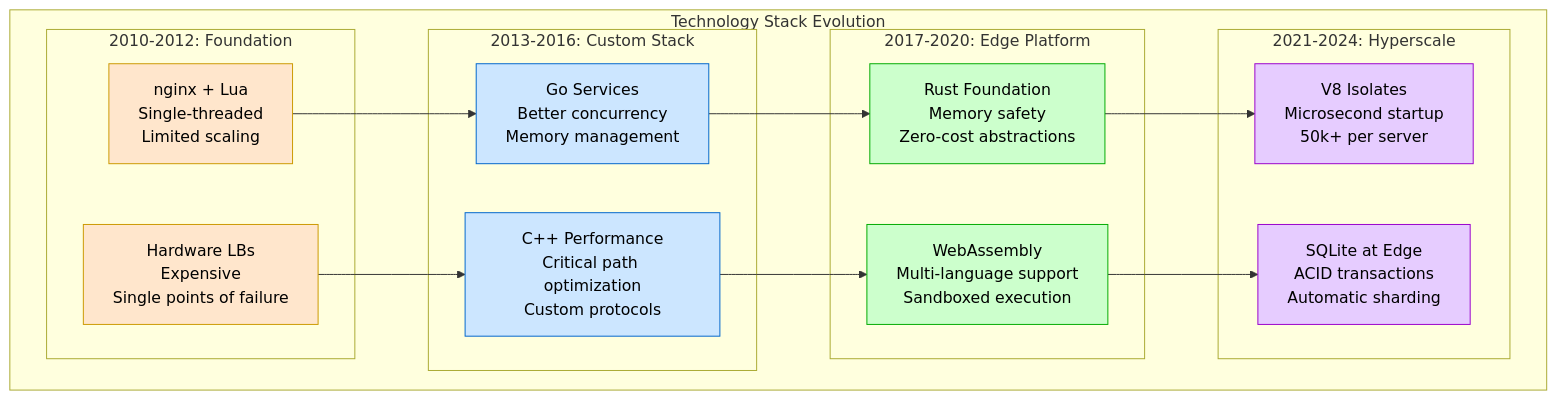
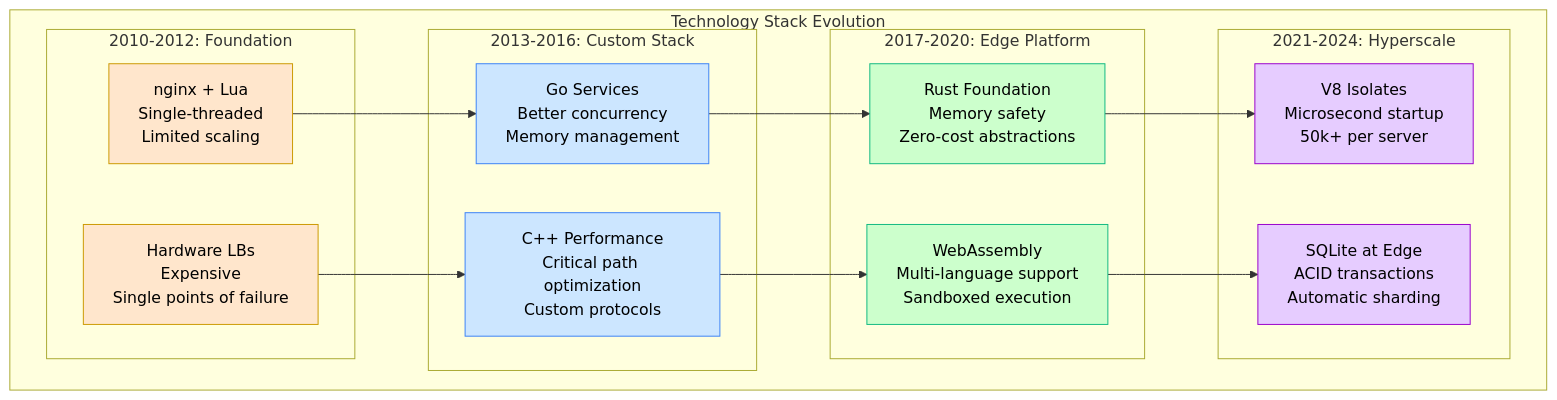
The sixth of 8 diagrams in site/docs/systems/cloudflare/scale-evolution.md (deepaucksharma/DS), drawn with Mermaid before and after one commit. The commit also changed other lines of this file and 303 other files, not shown here.

````diff
--- a/site/docs/systems/cloudflare/scale-evolution.md
+++ b/site/docs/systems/cloudflare/scale-evolution.md
@@ -212,42 +212,42 @@
 ```mermaid
 graph TB
     subgraph "Technology Stack Evolution"
         subgraph "2010-2012: Foundation"
             NGINX1[nginx + Lua<br/>Single-threaded<br/>Limited scaling]
             HW1[Hardware LBs<br/>Expensive<br/>Single points of failure]
         end
 
         subgraph "2013-2016: Custom Stack"
             GO1[Go Services<br/>Better concurrency<br/>Memory management]
             CPP1[C++ Performance<br/>Critical path optimization<br/>Custom protocols]
         end
 
         subgraph "2017-2020: Edge Platform"
             RUST1[Rust Foundation<br/>Memory safety<br/>Zero-cost abstractions]
             WASM1[WebAssembly<br/>Multi-language support<br/>Sandboxed execution]
         end
 
         subgraph "2021-2024: Hyperscale"
             V81[V8 Isolates<br/>Microsecond startup<br/>50k+ per server]
             SQLITE1[SQLite at Edge<br/>ACID transactions<br/>Automatic sharding]
         end
 
         NGINX1 --> GO1
         HW1 --> CPP1
         GO1 --> RUST1
         CPP1 --> WASM1
         RUST1 --> V81
         WASM1 --> SQLITE1
     end
 
     %% Apply evolution colors
     classDef legacyStyle fill:#FFE6CC,stroke:#CC9900,color:#000
-    classDef modernStyle fill:#CCE6FF,stroke:#0066CC,color:#000
-    classDef advancedStyle fill:#CCFFCC,stroke:#00AA00,color:#000
+    classDef modernStyle fill:#CCE6FF,stroke:#3B82F6,color:#000
+    classDef advancedStyle fill:#CCFFCC,stroke:#10B981,color:#000
     classDef futureStyle fill:#E6CCFF,stroke:#9900CC,color:#000
 
     class NGINX1,HW1 legacyStyle
     class GO1,CPP1 modernStyle
     class RUST1,WASM1 advancedStyle
     class V81,SQLITE1 futureStyle
 ```
````
